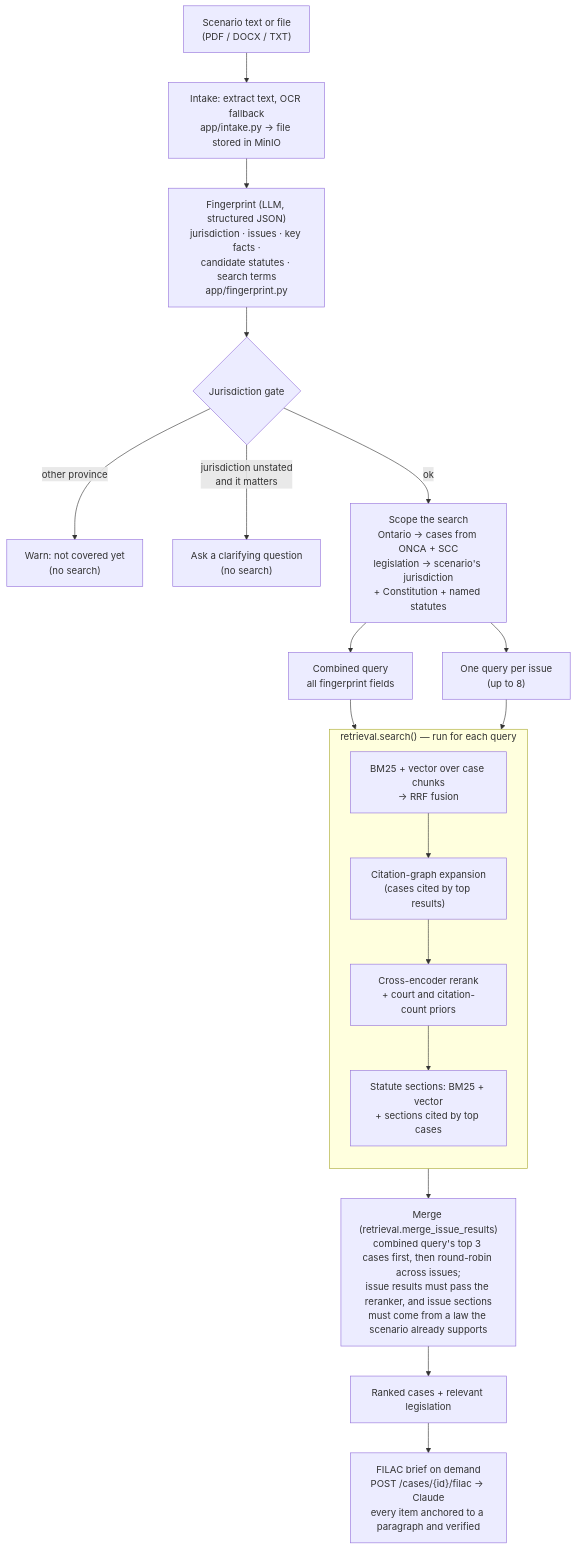
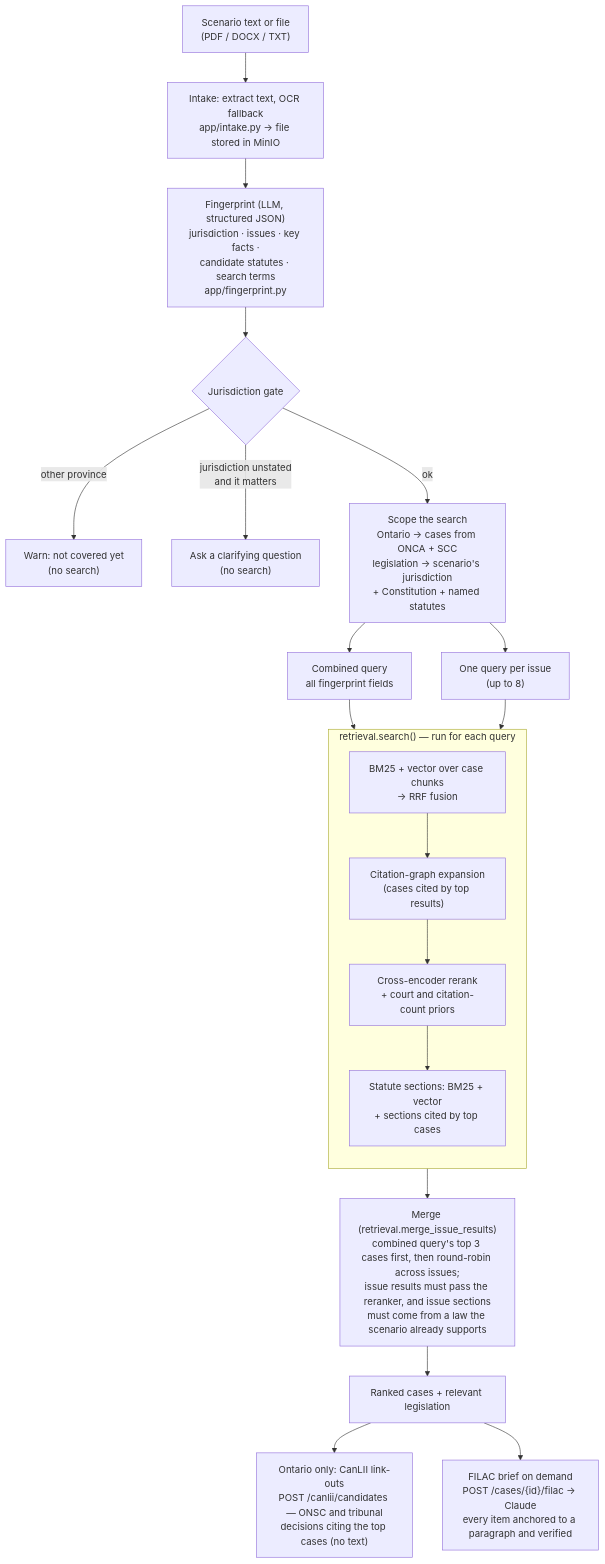
The second of 3 diagrams in README.md (Kevinwen1999/LawSearch), drawn with Mermaid before and after one commit. The commit also changed other lines of this file and 11 other files, not shown here.

First line of the commit message:
Phase 8: CanLII-detected ONSC/tribunal candidates

````diff
--- a/README.md
+++ b/README.md
@@ -36,25 +37,26 @@
 ```mermaid
 flowchart TD
     input["Scenario text or file<br/>(PDF / DOCX / TXT)"] --> intake["Intake: extract text, OCR fallback<br/>app/intake.py → file stored in MinIO"]
     intake --> fp["Fingerprint (LLM, structured JSON)<br/>jurisdiction · issues · key facts ·<br/>candidate statutes · search terms<br/>app/fingerprint.py"]
     fp --> gate{"Jurisdiction gate"}
     gate -- "other province" --> unsupported["Warn: not covered yet<br/>(no search)"]
     gate -- "jurisdiction unstated<br/>and it matters" --> clarify["Ask a clarifying question<br/>(no search)"]
     gate -- ok --> scope["Scope the search<br/>Ontario → cases from ONCA + SCC<br/>legislation → scenario's jurisdiction<br/>+ Constitution + named statutes"]
 
     scope --> combined["Combined query<br/>all fingerprint fields"]
     scope --> issues["One query per issue<br/>(up to 8)"]
 
     subgraph search["retrieval.search() — run for each query"]
         direction TB
         cand["BM25 + vector over case chunks<br/>→ RRF fusion"] --> expand["Citation-graph expansion<br/>(cases cited by top results)"]
         expand --> rerank["Cross-encoder rerank<br/>+ court and citation-count priors"]
         rerank --> sections["Statute sections: BM25 + vector<br/>+ sections cited by top cases"]
     end
 
     combined --> search
     issues --> search
     search --> merge["Merge (retrieval.merge_issue_results)<br/>combined query's top 3 cases first, then round-robin across issues;<br/>issue results must pass the reranker, and issue sections<br/>must come from a law the scenario already supports"]
     merge --> results["Ranked cases + relevant legislation"]
+    results --> canliid["Ontario only: CanLII link-outs<br/>POST /canlii/candidates — ONSC and tribunal<br/>decisions citing the top cases (no text)"]
     results --> brief["FILAC brief on demand<br/>POST /cases/{id}/filac → Claude<br/>every item anchored to a paragraph and verified"]
 ```
````
